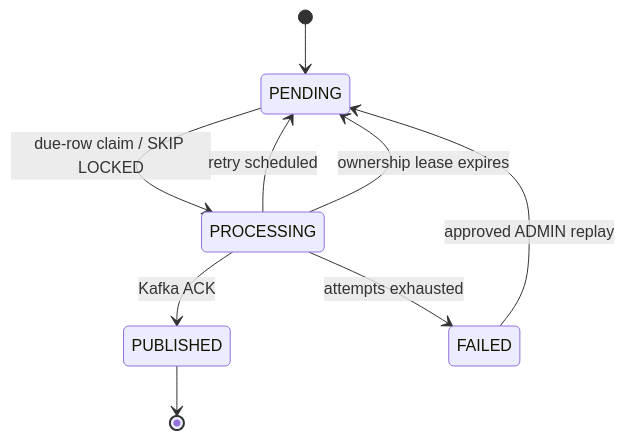
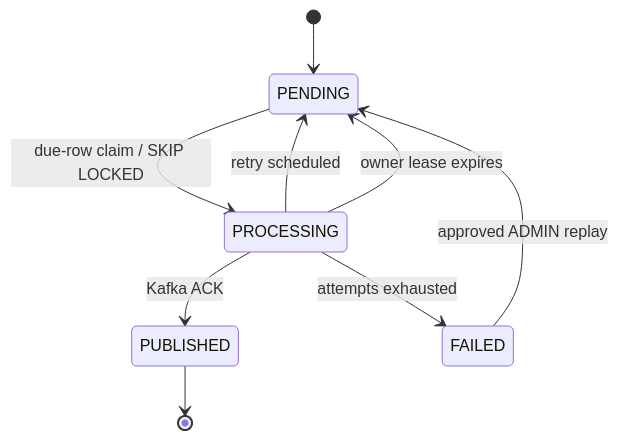
Before and after one commit to ravan-chuang/spring-boot-ecommerce-backend: the second of 5 diagrams in SpringBoot_Backend_Engineering_Summary.md, drawn with Mermaid. The commit also changed other lines of this file and 2 other files, not shown here.

````diff
--- a/SpringBoot_Backend_Engineering_Summary.md
+++ b/SpringBoot_Backend_Engineering_Summary.md
@@ -165,11 +157,11 @@
 ```mermaid
 stateDiagram-v2
     [*] --> PENDING
     PENDING --> PROCESSING: due-row claim / SKIP LOCKED
     PROCESSING --> PUBLISHED: Kafka ACK
     PROCESSING --> PENDING: retry scheduled
-    PROCESSING --> PENDING: ownership lease expires
+    PROCESSING --> PENDING: owner lease expires
     PROCESSING --> FAILED: attempts exhausted
     FAILED --> PENDING: approved ADMIN replay
     PUBLISHED --> [*]
 ```
````
